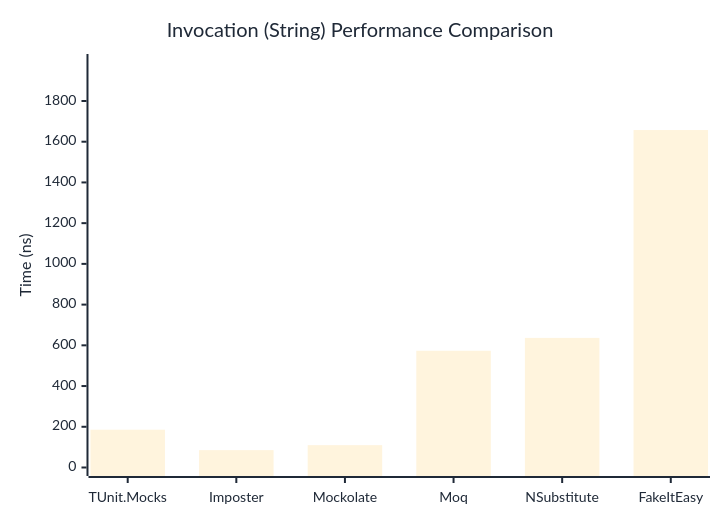
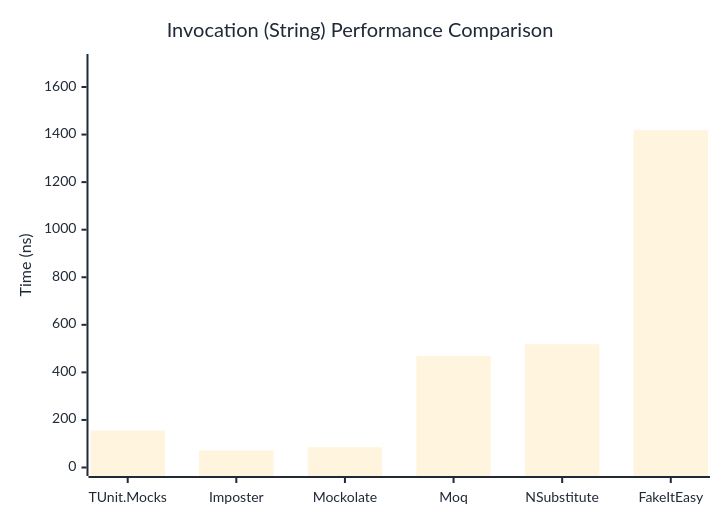
The second of 3 diagrams in docs/docs/benchmarks/mocks/Invocation.md (thomhurst/TUnit), drawn with Mermaid before and after one commit. The commit also changed other lines of this file and 14 other files, not shown here.

````diff
--- a/docs/docs/benchmarks/mocks/Invocation.md
+++ b/docs/docs/benchmarks/mocks/Invocation.md
@@ -71,27 +71,27 @@
 ```mermaid
 %%{init: {
   'theme':'base',
   'themeVariables': {
     'primaryColor': '#2563eb',
     'primaryTextColor': '#1f2937',
     'primaryBorderColor': '#1e40af',
     'lineColor': '#6b7280',
     'secondaryColor': '#7c3aed',
     'tertiaryColor': '#dc2626',
     'background': '#ffffff',
     'pie1': '#2563eb',
     'pie2': '#7c3aed',
     'pie3': '#dc2626',
     'pie4': '#f59e0b',
     'pie5': '#10b981',
     'pie6': '#06b6d4',
     'pie7': '#ec4899',
     'pie8': '#6366f1'
   }
 }}%%
 xychart-beta
   title "Invocation (String) Performance Comparison"
   x-axis ["TUnit.Mocks", "Imposter", "Mockolate", "Moq", "NSubstitute", "FakeItEasy"]
-  y-axis "Time (ns)" 0 --> 1989
-  bar [185.68, 85.24, 109.67, 573.34, 636.49, 1657.23]
+  y-axis "Time (ns)" 0 --> 1703
+  bar [155.57, 71.78, 85.2, 468.71, 518.22, 1418.63]
 ```
````
